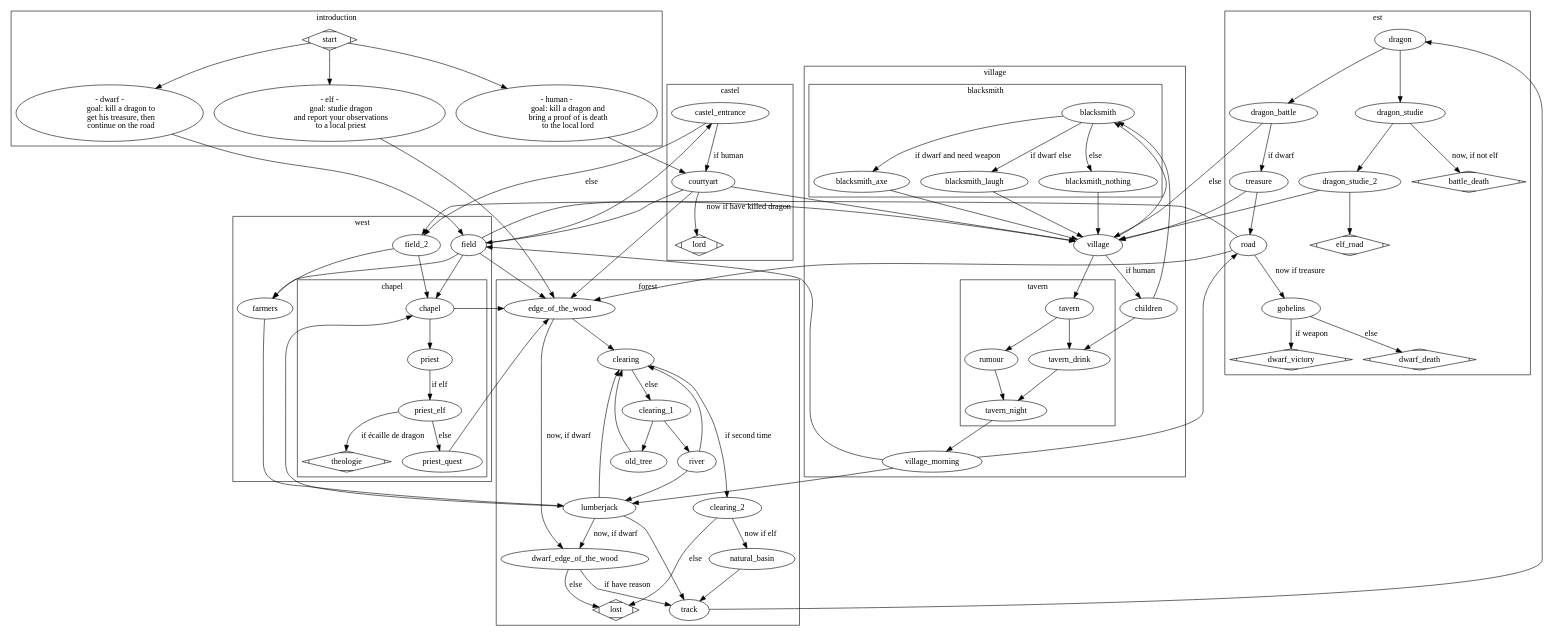
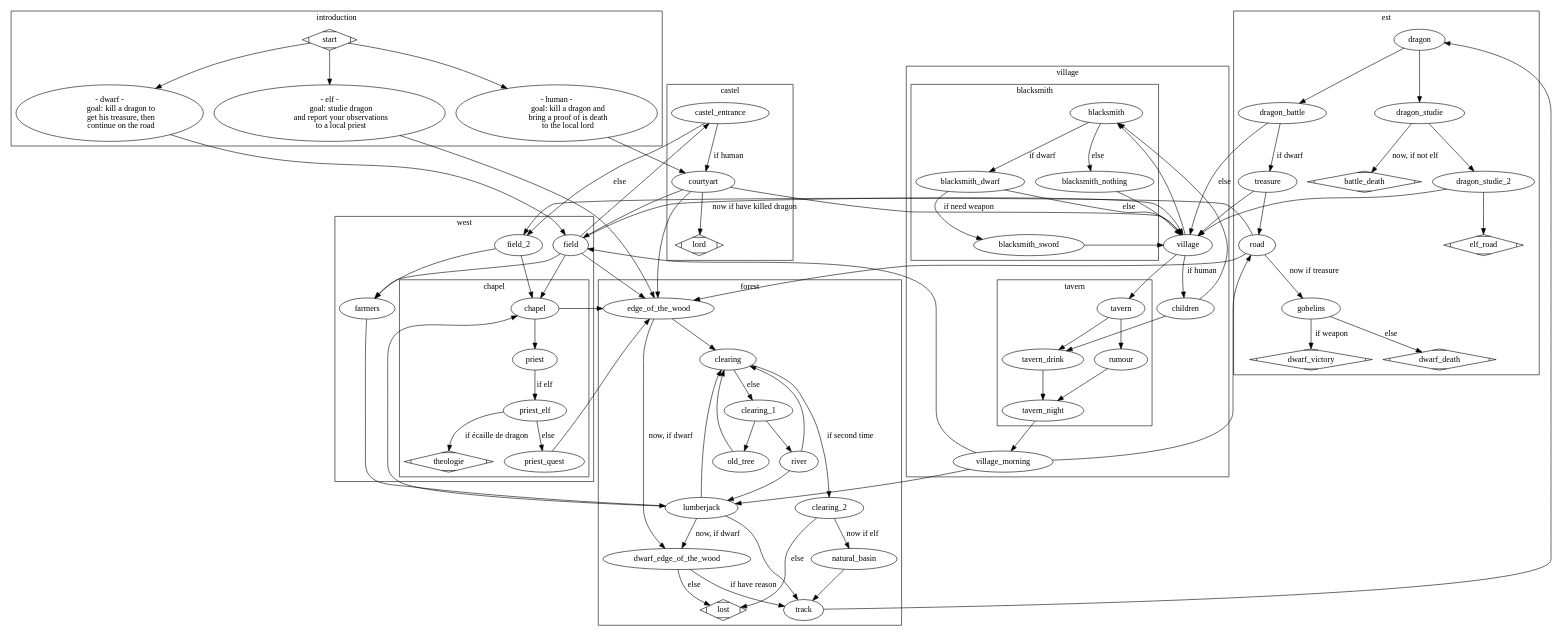
The diagram in story.dot (robinmoussu/story), drawn with Graphviz before and after one commit. The commit also changed 1 other file, not shown here.

Commit message:
story: village (except children), draft

```diff
--- a/story.dot
+++ b/story.dot
@@ -1,178 +1,178 @@
 digraph G {
     compound=true;
     subgraph cluster0 {
         label = introduction;
         start [shape=Mdiamond];
         elf;
         dwarf;
         human;
 
         elf [label="- elf -
             goal: studie dragon
             and report your observations
             to a local priest"]
         human [label="- human -
             goal: kill a dragon and
             bring a proof of is death
             to the local lord"]
         dwarf [label="- dwarf -
             goal: kill a dragon to
             get his treasure, then
             continue on the road"]
         start -> dwarf, elf, human;
     }
 
     subgraph cluster1 {
         label = village
         village;
         village_morning;
         children;
         
         subgraph cluster5 {
             label = blacksmith;
             blacksmith;
-            blacksmith_axe;
-            blacksmith_laugh;
+            blacksmith_sword;
+            blacksmith_dwarf;
             blacksmith_nothing;
         }
 
         subgraph cluster6 {
             label = tavern;
             tavern;
             rumour;
             tavern_night;
             tavern_drink;
         }
 
         village -> blacksmith, tavern;
         village -> children [label="if human"];
         children -> tavern_drink, blacksmith;
 
-        blacksmith -> blacksmith_axe [label="if dwarf and need weapon"];
-        blacksmith -> blacksmith_laugh [label="if dwarf else"];
+        blacksmith -> blacksmith_dwarf [label="if dwarf"]
+        blacksmith_dwarf -> blacksmith_sword [label="if need weapon"];
+        blacksmith_dwarf -> village [label="else"];
         blacksmith -> blacksmith_nothing [label="else"];
 
-        blacksmith_axe -> village;
-        blacksmith_laugh -> village;
+        blacksmith_sword -> village;
         blacksmith_nothing -> village;
 
         tavern -> rumour,tavern_drink;
         tavern_drink -> tavern_night;
         rumour -> tavern_night;
         tavern_night -> village_morning;
     }
 
     subgraph cluster2 {
         label = west;
         village;
         field;
         field_2;
         farmers;
 
         subgraph cluster7 {
             label=chapel;
             chapel;
             priest;
             priest_elf;
             priest_quest;
             theologie [shape=Mdiamond];
         }
 
         field -> farmers;
         field -> chapel;
         field_2 -> farmers;
         field_2 -> chapel;
         chapel -> priest;
         priest -> priest_elf [label="if elf"];
         priest_elf -> theologie [label="if écaille de dragon"];
         priest_elf -> priest_quest [label="else"];
     }
 
     subgraph cluster3 {
         label = forest;
         edge_of_the_wood;
         dwarf_edge_of_the_wood;
         clearing;
         clearing_1;
         clearing_2;
         natural_basin;
         track;
         river;
         old_tree;
         lost [shape=Mdiamond];
         lumberjack;
 
         lumberjack -> dwarf_edge_of_the_wood [label="now, if dwarf"];
         lumberjack -> clearing;
         lumberjack -> track;
         clearing -> clearing_2 [label="if second time"];
         clearing -> clearing_1 [label="else"];
         clearing_1 -> river, old_tree;
         clearing_2 -> natural_basin [label="now if elf"];
         clearing_2 -> lost [label="else"];
         natural_basin -> track;
         river -> lumberjack, clearing;
         old_tree -> clearing;
     }
 
     subgraph cluster4 {
         label = est;
         dragon;
         dragon_battle;
         dragon_studie;
         dragon_studie_2;
         road;
         elf_road [shape=Mdiamond];
         gobelins;
         treasure;
         dwarf_victory [shape=Mdiamond];
         dwarf_death [shape=Mdiamond];
         battle_death [shape=Mdiamond];
 
         dragon -> dragon_battle, dragon_studie;
         dragon_battle -> village [label=else];
         dragon_battle -> treasure [label="if dwarf"];
         dragon_studie -> battle_death [label="now, if not elf"];
     }
 
     subgraph cluster8 {
         label=castel;
         castel_entrance;
         courtyart;
         lord [shape=Mdiamond];
 
         castel_entrance -> courtyart [label="if human"];
         courtyart -> lord [label="now if have killed dragon"];
     }
 
     castel_entrance -> field_2 [label="else"];
     courtyart -> field, village, edge_of_the_wood;
 
     human -> courtyart;
     elf -> edge_of_the_wood;
     dwarf -> field;
 
     field -> edge_of_the_wood, village, castel_entrance;
     edge_of_the_wood -> clearing;
     edge_of_the_wood -> dwarf_edge_of_the_wood [label="now, if dwarf"];
 
     dwarf_edge_of_the_wood -> track [label="if have reason"];
     dwarf_edge_of_the_wood -> lost [label="else"];
 
     track -> dragon;
     dragon_studie -> dragon_studie_2;
     dragon_studie_2 -> village, elf_road;
 
     treasure -> village, road;
     road -> gobelins [label="now if treasure"];
     road -> edge_of_the_wood, field_2;
     gobelins -> dwarf_victory [label="if weapon"];
     gobelins -> dwarf_death [label="else"];
 
     village_morning -> field, lumberjack, road;
 
     chapel -> edge_of_the_wood;
     farmers -> lumberjack;
     priest_quest -> edge_of_the_wood;
     lumberjack -> chapel;
 }
```
